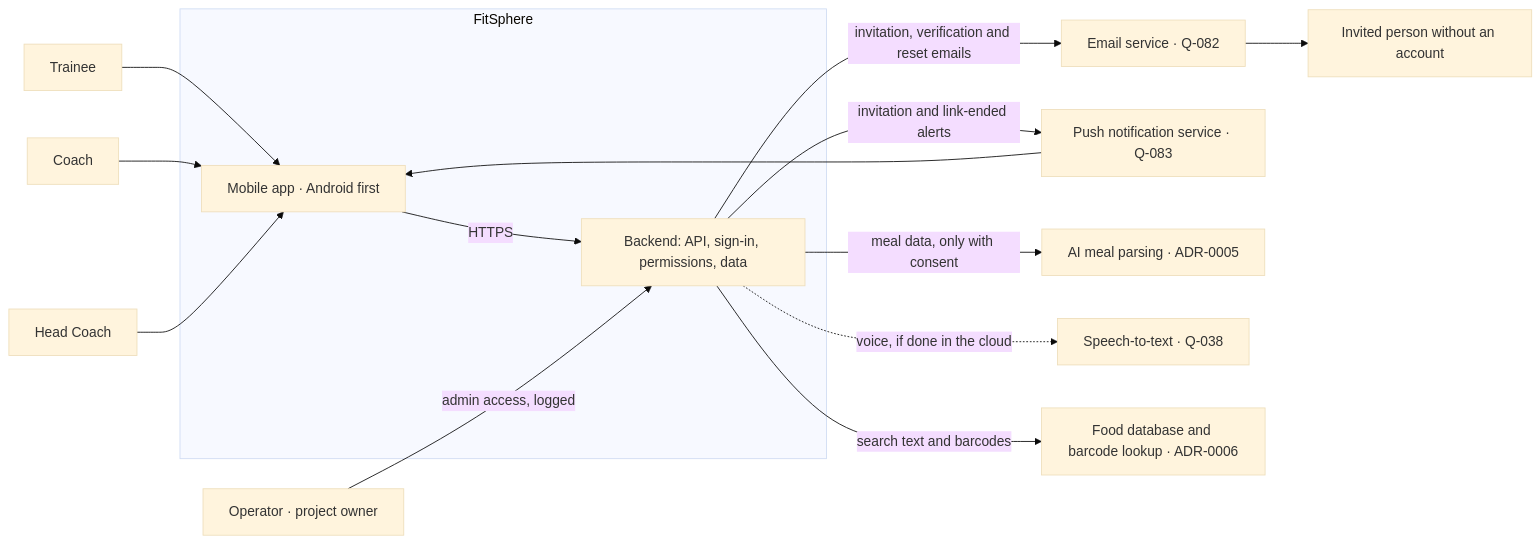
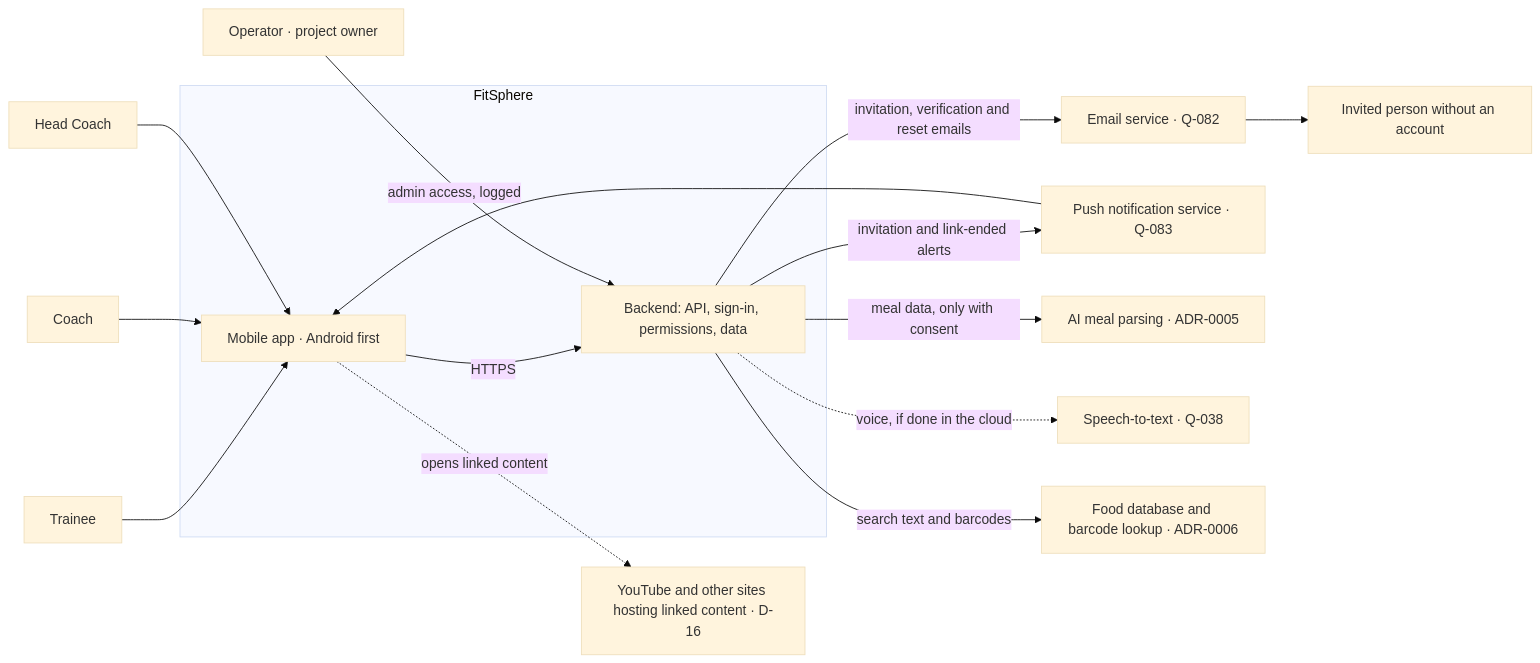
The diagram in docs/architecture/system-context.md (pradeepKumawatPalara/fitsphere), drawn with Mermaid (base theme) before and after one commit. The commit also changed other lines of this file and 14 other files, not shown here.

````diff
--- a/docs/architecture/system-context.md
+++ b/docs/architecture/system-context.md
@@ -35,29 +35,31 @@
 ```mermaid
 flowchart LR
     T[Trainee]
     C[Coach]
     H[Head Coach]
     N[Invited person without an account]
     O[Operator · project owner]
     subgraph FS["FitSphere"]
         APP[Mobile app · Android first]
         BE[Backend: API, sign-in, permissions, data]
     end
     EMAIL[Email service · Q-082]
     PUSH[Push notification service · Q-083]
     AI[AI meal parsing · ADR-0005]
     STT[Speech-to-text · Q-038]
     FOOD[Food database and barcode lookup · ADR-0006]
+    EXT[YouTube and other sites hosting linked content · D-16]
     T --> APP
     C --> APP
     H --> APP
     APP -- HTTPS --> BE
     O -- admin access, logged --> BE
     BE -- invitation, verification and reset emails --> EMAIL
     EMAIL --> N
     BE -- invitation and link-ended alerts --> PUSH
     PUSH --> APP
     BE -- meal data, only with consent --> AI
     BE -. voice, if done in the cloud .-> STT
     BE -- search text and barcodes --> FOOD
+    APP -. opens linked content .-> EXT
 ```
````
